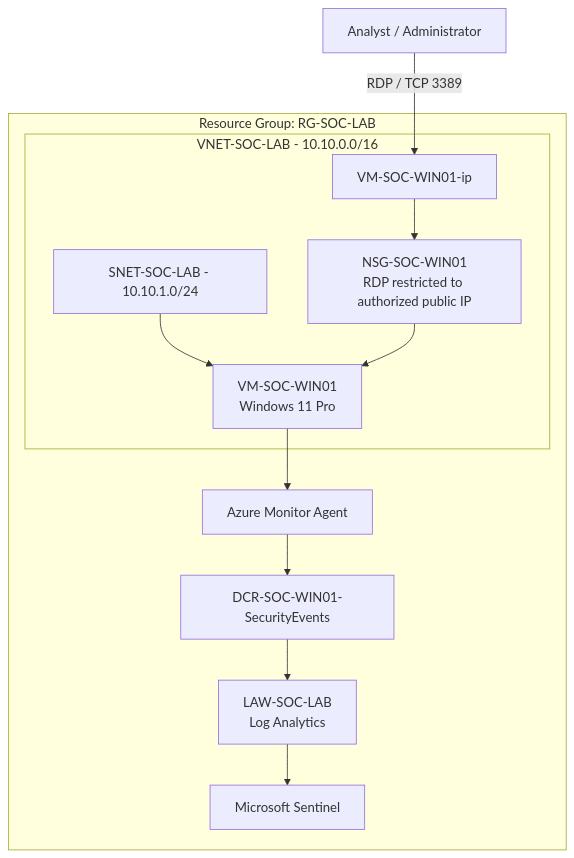
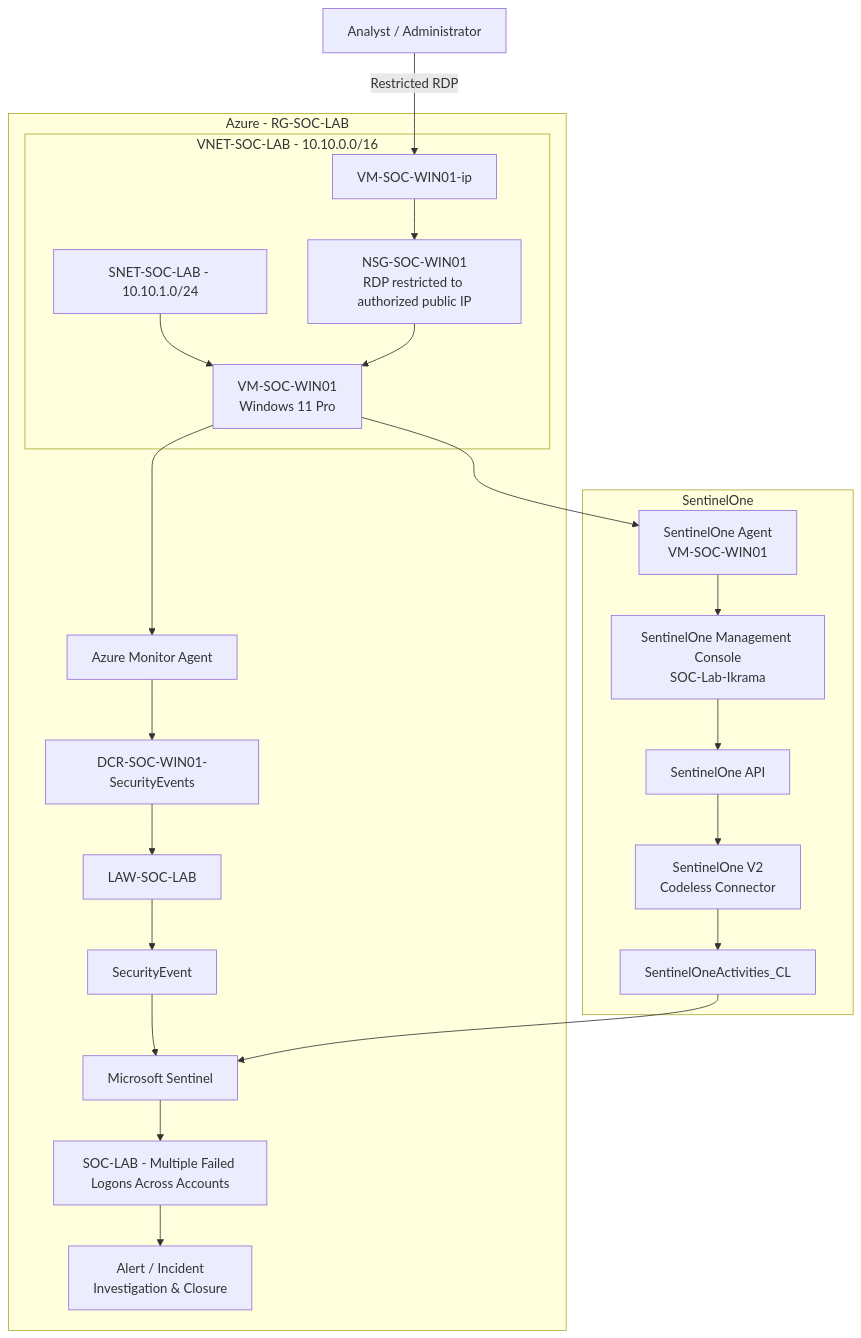
One commit to ikrama-01/SOC-Cloud-Security-Lab changed the diagram in docs/diagrams/architecture.md. Above: the diagram before and after it, drawn with Mermaid. The commit also changed other lines of this file, not shown here.

First line of the commit message:
Revise architecture documentation for SOC Lab

````diff
--- a/docs/diagrams/architecture.md
+++ b/docs/diagrams/architecture.md
@@ -5,27 +25,43 @@
 ```mermaid
 flowchart TB
     Analyst["Analyst / Administrator"]
 
-    subgraph RG["Resource Group: RG-SOC-LAB"]
+    subgraph AZ["Azure - RG-SOC-LAB"]
         subgraph NET["VNET-SOC-LAB - 10.10.0.0/16"]
             SUB["SNET-SOC-LAB - 10.10.1.0/24"]
             VM["VM-SOC-WIN01<br/>Windows 11 Pro"]
             NSG["NSG-SOC-WIN01<br/>RDP restricted to authorized public IP"]
             PIP["VM-SOC-WIN01-ip"]
+
             SUB --> VM
+            PIP --> NSG
             NSG --> VM
-            PIP --> NSG
         end
 
-        LAW["LAW-SOC-LAB<br/>Log Analytics"]
+        AMA["Azure Monitor Agent"]
+        DCR["DCR-SOC-WIN01-SecurityEvents"]
+        LAW["LAW-SOC-LAB"]
+        SE["SecurityEvent"]
         SENT["Microsoft Sentinel"]
-        DCR["DCR-SOC-WIN01-SecurityEvents"]
-        AMA["Azure Monitor Agent"]
+        RULE["SOC-LAB - Multiple Failed Logons Across Accounts"]
+        INC["Alert / Incident<br/>Investigation & Closure"]
     end
 
-    Analyst -->|"RDP / TCP 3389"| PIP
-    VM --> AMA
-    AMA --> DCR
-    DCR --> LAW
-    LAW --> SENT
+    subgraph S1["SentinelOne"]
+        AGENT["SentinelOne Agent<br/>VM-SOC-WIN01"]
+        CONSOLE["SentinelOne Management Console<br/>SOC-Lab-Ikrama"]
+        API["SentinelOne API"]
+        CONN["SentinelOne V2<br/>Codeless Connector"]
+        ACT["SentinelOneActivities_CL"]
+    end
+
+    Analyst -->|"Restricted RDP"| PIP
+
+    VM --> AMA --> DCR --> LAW --> SE --> SENT
+    SENT --> RULE --> INC
+
+    VM --> AGENT
+    AGENT --> CONSOLE
+    CONSOLE --> API
+    API --> CONN --> ACT --> SENT
 ```
````
